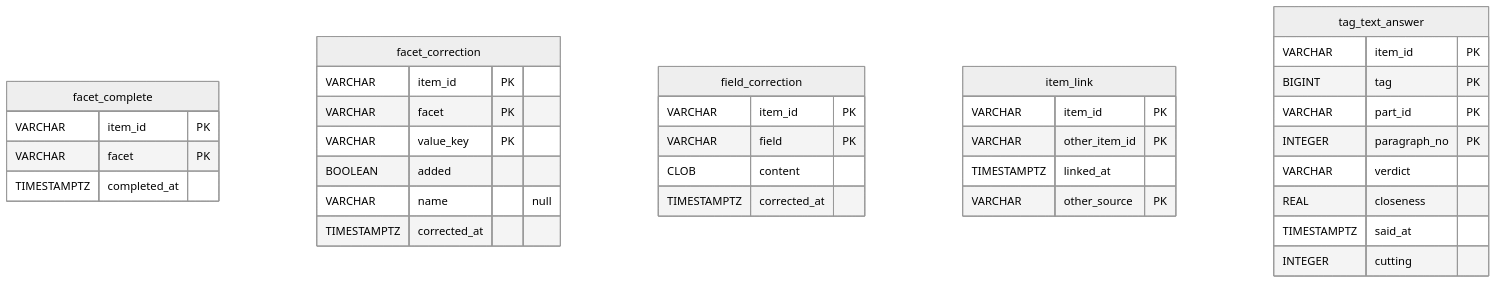
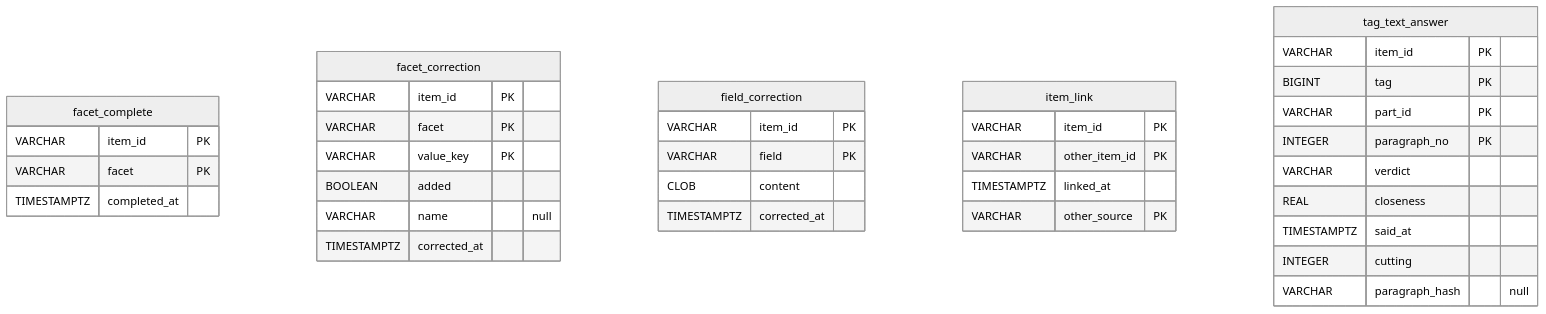
One commit to vlsergey/recommend4me changed the diagram in docs/database/corrections.md. Above: the diagram before and after it, drawn with Mermaid (neutral theme). The commit also changed other lines of this file and 10 other files, not shown here.

````diff
--- a/docs/database/corrections.md
+++ b/docs/database/corrections.md
@@ -15,38 +15,39 @@
 ```mermaid
 erDiagram
     facet_complete {
         VARCHAR item_id PK
         VARCHAR facet PK
         TIMESTAMPTZ completed_at
     }
     facet_correction {
         VARCHAR item_id PK
         VARCHAR facet PK
         VARCHAR value_key PK
         BOOLEAN added
         VARCHAR name "null"
         TIMESTAMPTZ corrected_at
     }
     field_correction {
         VARCHAR item_id PK
         VARCHAR field PK
         CLOB content
         TIMESTAMPTZ corrected_at
     }
     item_link {
         VARCHAR item_id PK
         VARCHAR other_item_id PK
         TIMESTAMPTZ linked_at
         VARCHAR other_source PK
     }
     tag_text_answer {
         VARCHAR item_id PK
         BIGINT tag PK
         VARCHAR part_id PK
         INTEGER paragraph_no PK
         VARCHAR verdict
         REAL closeness
         TIMESTAMPTZ said_at
         INTEGER cutting
+        VARCHAR paragraph_hash "null"
     }
 ```
````
